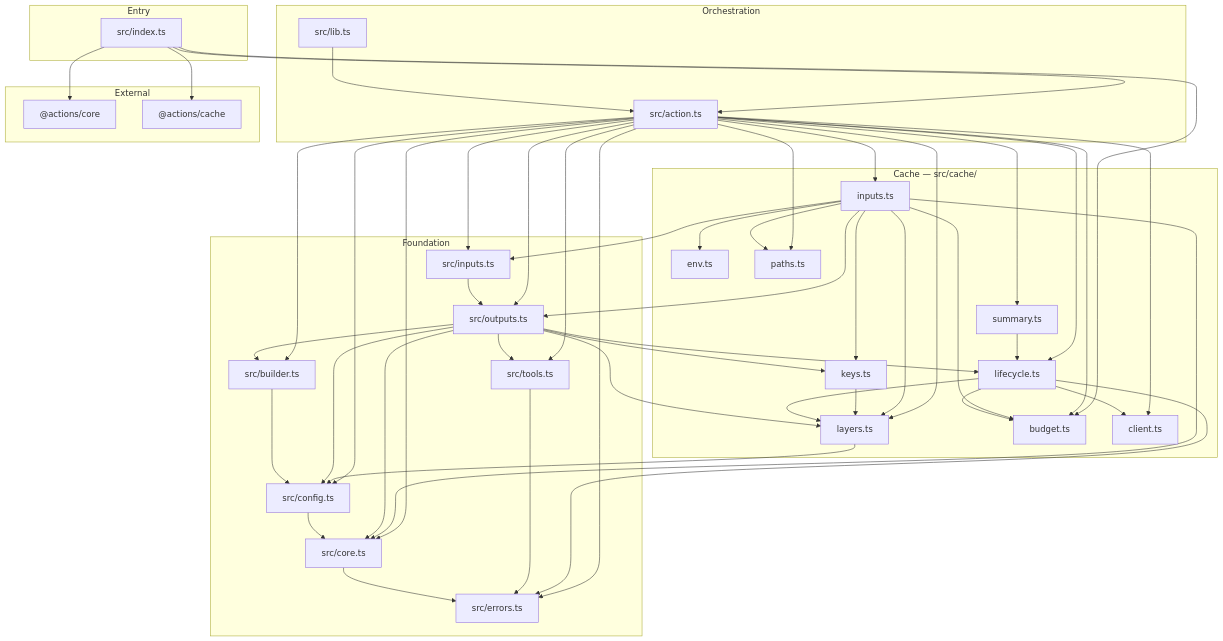
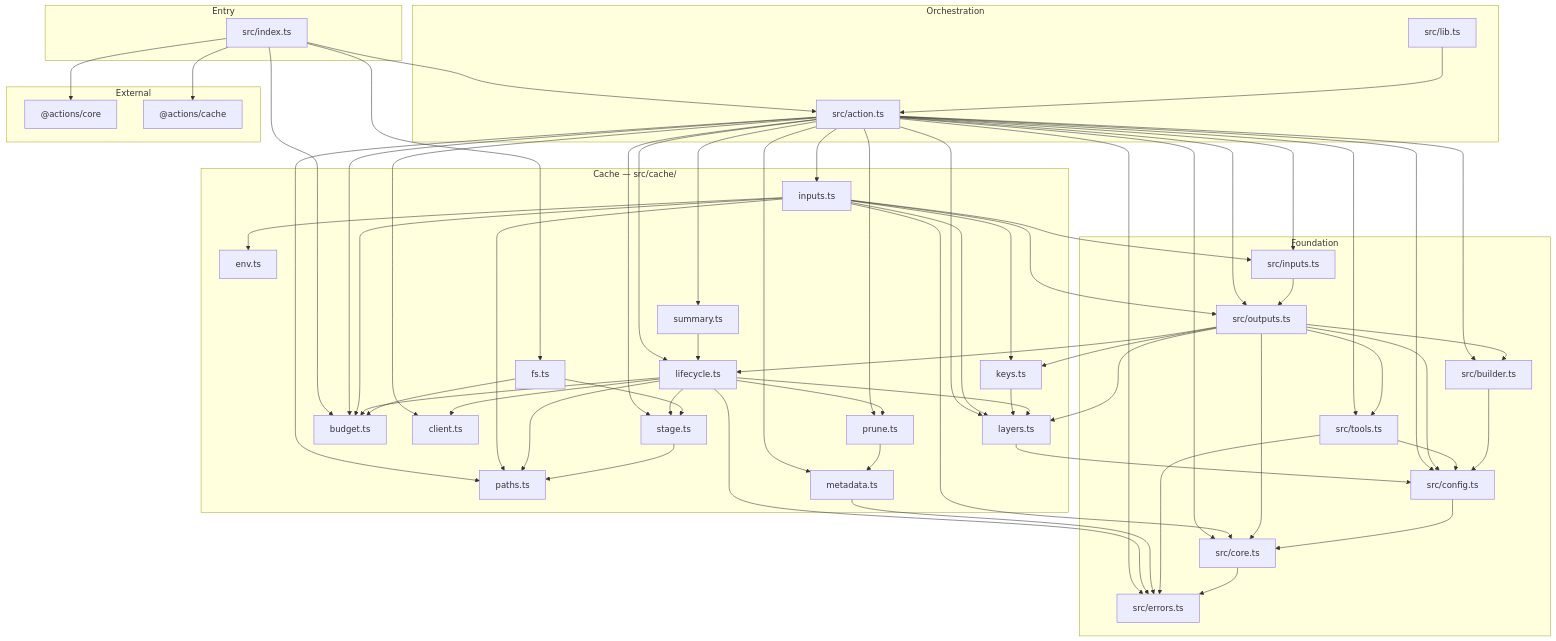
The first of 8 diagrams in docs/content/ARCHITECTURE.md (elioseverojunior/rust-toolchain), drawn with Mermaid before and after one commit. The commit also changed other lines of this file and 1 other file, not shown here.

```diff
--- a/docs/content/ARCHITECTURE.md
+++ b/docs/content/ARCHITECTURE.md
@@ -85,6 +85,10 @@
         CPA[paths.ts]
         CBU[budget.ts]
         CCL[client.ts]
+        CFS[fs.ts]
+        CMD[metadata.ts]
+        CPR[prune.ts]
+        CST[stage.ts]
     end
 
     subgraph Foundation
@@ -104,6 +108,7 @@
 
     I --> R
     I --> CBU
+    I --> CFS
     I --> TK
     I --> AC
 
@@ -114,6 +119,9 @@
     R --> CPA
     R --> CBU
     R --> CCL
+    R --> CMD
+    R --> CPR
+    R --> CST
     R --> CORE
     R --> CFG
     R --> BLD
@@ -136,8 +144,17 @@
     CLF --> CCL
     CLF --> CLY
     CLF --> CBU
+    CLF --> CPA
+    CLF --> CPR
+    CLF --> CST
     CLF --> ERR
     CSM --> CLF
+
+    CFS --> CBU
+    CFS --> CST
+    CPR --> CMD
+    CST --> CPA
+    CMD --> ERR
 
     OUT --> CKY
     OUT --> CLY
@@ -146,6 +163,7 @@
     OUT --> CFG
     OUT --> CORE
     OUT --> TLS
+    TLS --> CFG
     TLS --> ERR
 
     INP --> OUT
```
